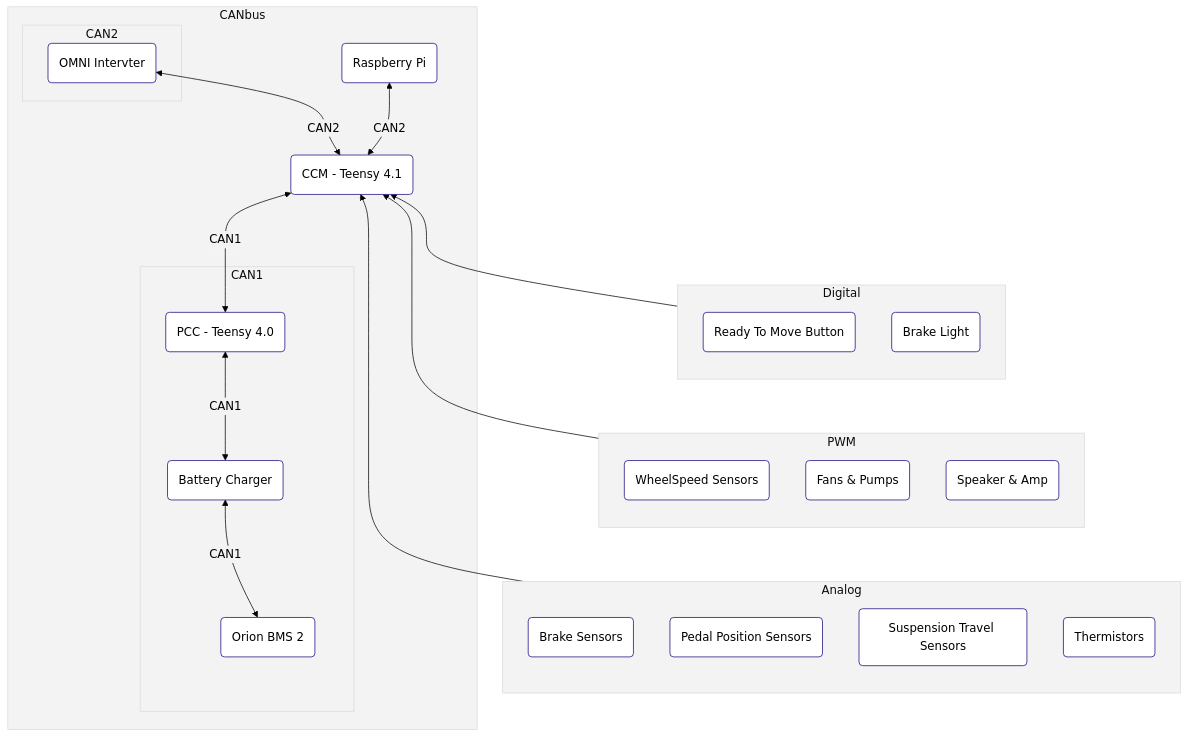
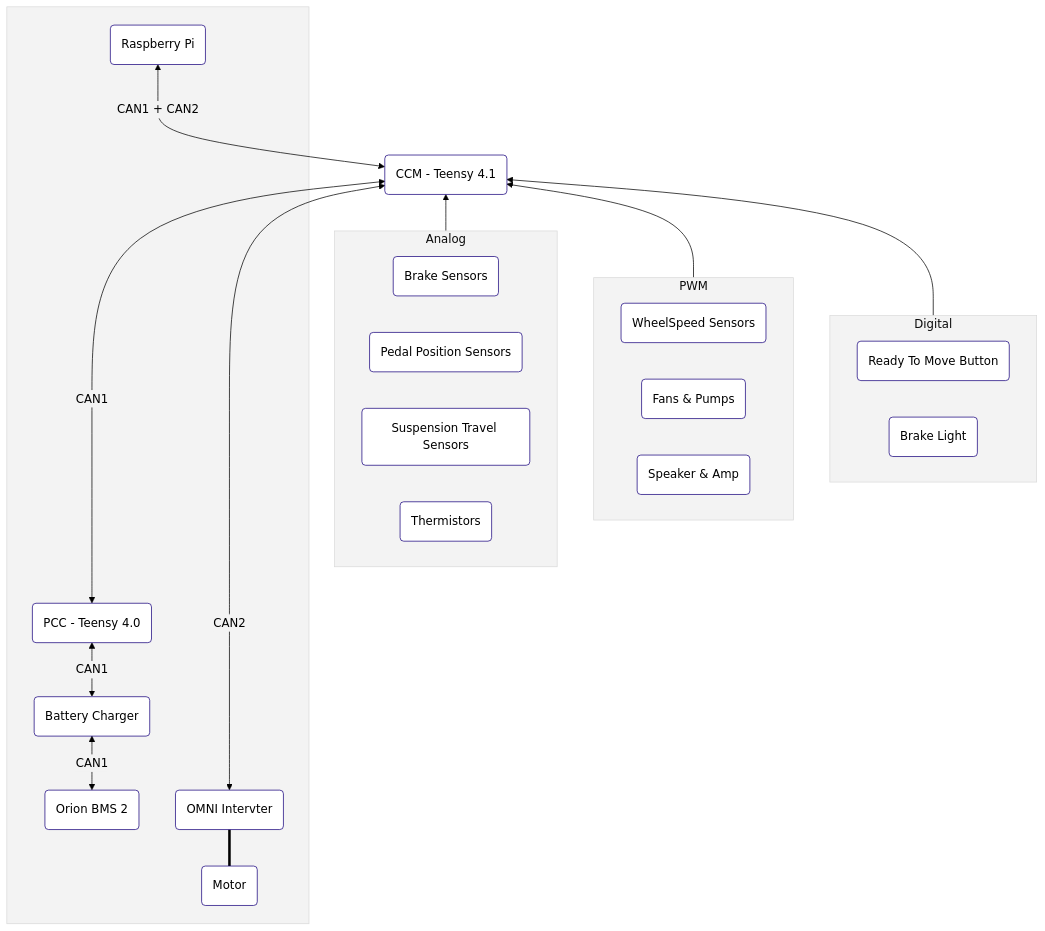
One commit to Anteater-Electric-Racing/aer-documentation changed the first of 2 diagrams in src/firmware/sysarchitecture.md. Above: the diagram before and after it, drawn with Mermaid. The commit also changed 7 other files, not shown here.

Commit message:
sys arch flowchart updated v2

````diff
--- a/src/firmware/sysarchitecture.md
+++ b/src/firmware/sysarchitecture.md
@@ -3,69 +3,61 @@
 ```mermaid
 ---
 config:
   theme: 'base'
   themeVariables:
     primaryColor: '#ffffffff'
     primaryTextColor: '#000000ff'
     primaryBorderColor: '#17007cff'
     lineColor: '#000000ff'
     secondaryColor: '#f3f3f3ff'
     tertiaryColor: '#f3f3f3ff'
 ---
 flowchart BT
     %% This is a comment for the entire diagram
-    subgraph CANbus
 
-        subgraph CAN1
+     subgraph CAN[" "]
+
             BMS(Orion BMS 2)
             BC(Battery Charger)
             PCC(PCC - Teensy 4.0)
+            INV(OMNI Intervter)
+            RPI(Raspberry Pi)
+            MOTOR(Motor) === INV
         end
 
-        subgraph empty[" "]
-            CCM(CCM - Teensy 4.1)
-            RPI(Raspberry Pi)
-        end
+        CCM(CCM - Teensy 4.1)
 
-        style empty stroke-width:0px
-
-
-        subgraph CAN2
-            INV(OMNI Intervter)
-        end
-
-        CAN1~~~empty~~~CAN2
 
 
         %%CAN LOOP1
-        BMS <--> |CAN1| BC <--> |CAN1| PCC <--> |CAN1| CCM
+        BMS <--> |CAN1| BC <--> |CAN1| PCC <---> |CAN1| CCM
 
         %%CANLOOP2
-        INV<--> |CAN2|CCM<--> |CAN2|RPI
-    end
+        INV<-----> |CAN2|CCM<---> |CAN1 + CAN2|RPI
 
 
 
         subgraph Analog[Analog]
+            direction LR
                 B(Brake Sensors)
                 A(Pedal Position Sensors)
                 LPOT(Suspension Travel Sensors)
                 TR(Thermistors)
         end
 
         subgraph PWM[PWM]
-            W(WheelSpeed Sensors)
-            FP(Fans & Pumps)
-            SP(Speaker & Amp)
+            direction LR
+                W(WheelSpeed Sensors)
+                FP(Fans & Pumps)
+                SP(Speaker & Amp)
         end
         subgraph MISC[Digital]
-            RTM(Ready To Move Button)
-            BL(Brake Light)
+            direction LR
+                RTM(Ready To Move Button)
+                BL(Brake Light)
         end
-
-        Analog~~~PWM~~~MISC
 
         Analog --> CCM
         PWM --> CCM
         MISC -->CCM
 ```
````
